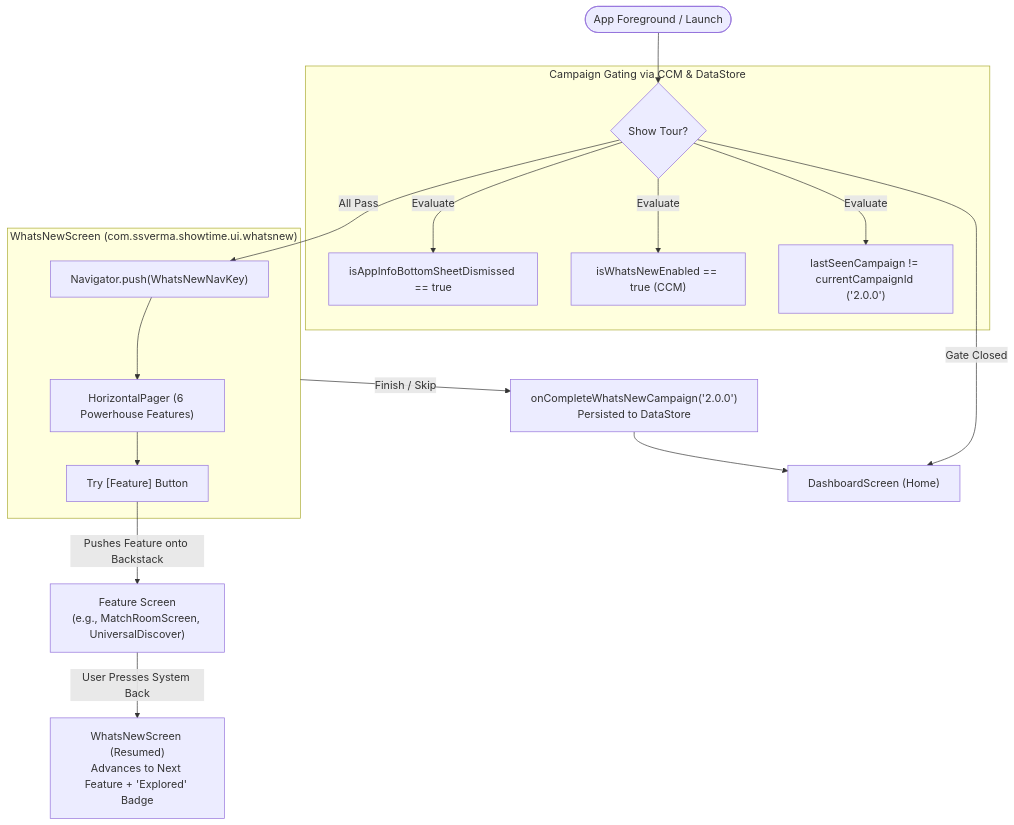
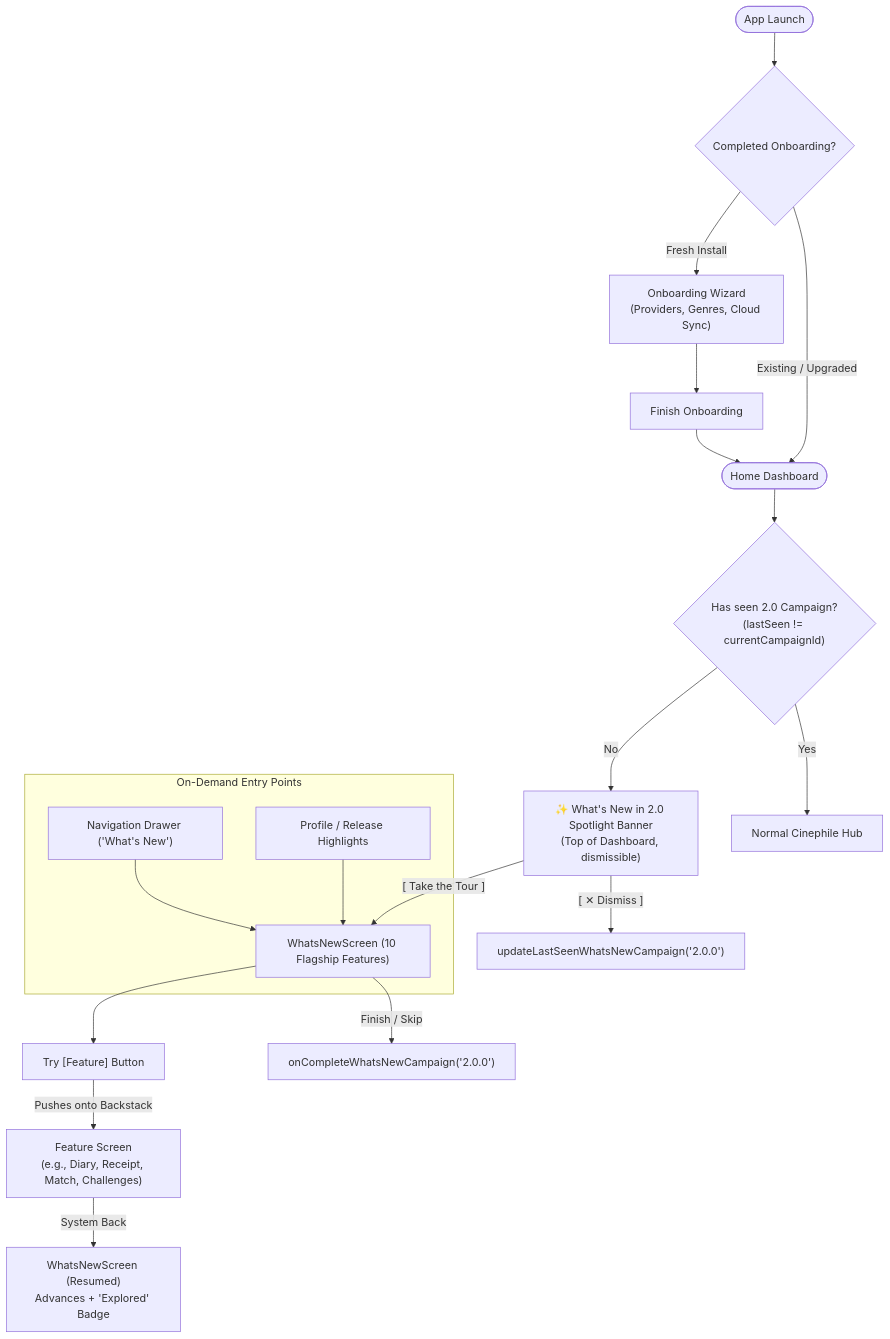
Before and after one commit to SSVerma/ShowTime2: the diagram in docs/features/WHATS_NEW_AND_FEATURE_TOUR_ARCHITECTURE.md, drawn with Mermaid. The commit also changed other lines of this file and 9 other files, not shown here.

Commit message:
feat(dashboard): add What's New 2.0 spotlight banner for feature discovery

````diff
--- a/docs/features/WHATS_NEW_AND_FEATURE_TOUR_ARCHITECTURE.md
+++ b/docs/features/WHATS_NEW_AND_FEATURE_TOUR_ARCHITECTURE.md
@@ -13,23 +13,26 @@
 ```mermaid
 flowchart TD
-    Launch([App Foreground / Launch]) --> GateCheck{Show Tour?}
+    Launch([App Launch]) --> OnboardCheck{Completed Onboarding?}
     
-    subgraph Gating["Campaign Gating via CCM & DataStore"]
-        GateCheck -->|Evaluate| C1["isAppInfoBottomSheetDismissed == true"]
-        GateCheck -->|Evaluate| C2["isWhatsNewEnabled == true (CCM)"]
-        GateCheck -->|Evaluate| C3["lastSeenCampaign != currentCampaignId ('2.0.0')"]
+    OnboardCheck -- Fresh Install --> OnboardFlow["Onboarding Wizard<br/>(Providers, Genres, Cloud Sync)"]
+    OnboardFlow --> FinishOnboard["Finish Onboarding"] --> Dashboard([Home Dashboard])
+    
+    OnboardCheck -- Existing / Upgraded --> Dashboard
+    
+    Dashboard --> BannerCheck{"Has seen 2.0 Campaign?<br/>(lastSeen != currentCampaignId)"}
+    BannerCheck -- "No" --> SpotlightBanner["✨ What's New in 2.0 Spotlight Banner<br/>(Top of Dashboard, dismissible)"]
+    BannerCheck -- "Yes" --> NormalDashboard["Normal Cinephile Hub"]
+    
+    SpotlightBanner -- "[ Take the Tour ]" --> TourScreen["WhatsNewScreen (10 Flagship Features)"]
+    SpotlightBanner -- "[ ✕ Dismiss ]" --> DismissBanner["updateLastSeenWhatsNewCampaign('2.0.0')"]
+    
+    subgraph OnDemand["On-Demand Entry Points"]
+        Drawer["Navigation Drawer ('What's New')"] --> TourScreen
+        Profile["Profile / Release Highlights"] --> TourScreen
     end
     
-    GateCheck -- All Pass --> PushTour["Navigator.push(WhatsNewNavKey)"]
-    GateCheck -- Gate Closed --> HomeDashboard["DashboardScreen (Home)"]
-    
-    subgraph TourScreen["WhatsNewScreen (com.ssverma.showtime.ui.whatsnew)"]
-        PushTour --> Carousel["HorizontalPager (6 Powerhouse Features)"]
-        Carousel --> CTA["Try [Feature] Button"]
-    end
-    
-    CTA -->|Pushes Feature onto Backstack| TargetFeature["Feature Screen\n(e.g., MatchRoomScreen, UniversalDiscover)"]
-    TargetFeature -->|User Presses System Back| ResumeTour["WhatsNewScreen (Resumed)\nAdvances to Next Feature + 'Explored' Badge"]
-    TourScreen -->|Finish / Skip| CompleteCampaign["onCompleteWhatsNewCampaign('2.0.0')\nPersisted to DataStore"]
-    CompleteCampaign --> HomeDashboard
+    TourScreen --> CTA["Try [Feature] Button"]
+    CTA -->|Pushes onto Backstack| TargetFeature["Feature Screen\n(e.g., Diary, Receipt, Match, Challenges)"]
+    TargetFeature -->|System Back| ResumeTour["WhatsNewScreen (Resumed)\nAdvances + 'Explored' Badge"]
+    TourScreen -->|Finish / Skip| CompleteCampaign["onCompleteWhatsNewCampaign('2.0.0')"]
 ```
````
